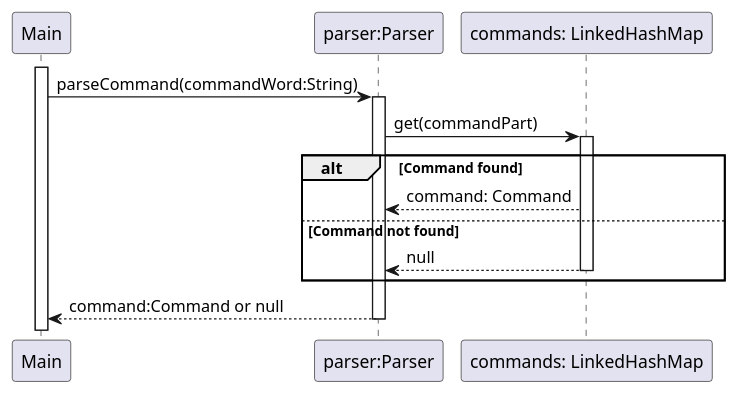
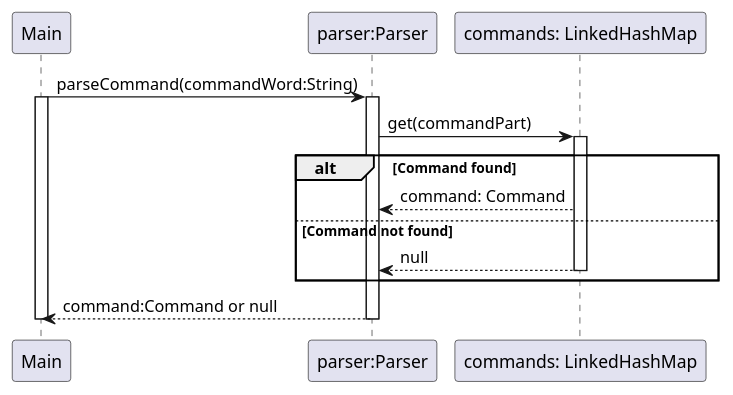
The second of 3 diagrams in docs/plantUMLCode/parser-class-diagram.puml (nus-cs2113-AY2425S1/tp), drawn with PlantUML before and after one commit. The commit also changed other lines of this file and 3 other files, not shown here.

Commit message:
Update diagram

```diff
--- a/docs/plantUMLCode/parser-class-diagram.puml
+++ b/docs/plantUMLCode/parser-class-diagram.puml
@@ -37,20 +42,21 @@
 @startuml
 participant "Main" as Main
-activate Main
 
 participant "parser:Parser" as Parser
 Main -> Parser: parseCommand(commandWord:String)
+activate Main
 activate Parser
 
 Parser -> "commands: LinkedHashMap" as CommandMap: get(commandPart)
 activate CommandMap
 alt Command found
     CommandMap --> Parser: command: Command
 else Command not found
     CommandMap --> Parser: null
     deactivate CommandMap
 end
 
 Parser --> Main: command:Command or null
 deactivate Parser
+deactivate Main
 @enduml
```
